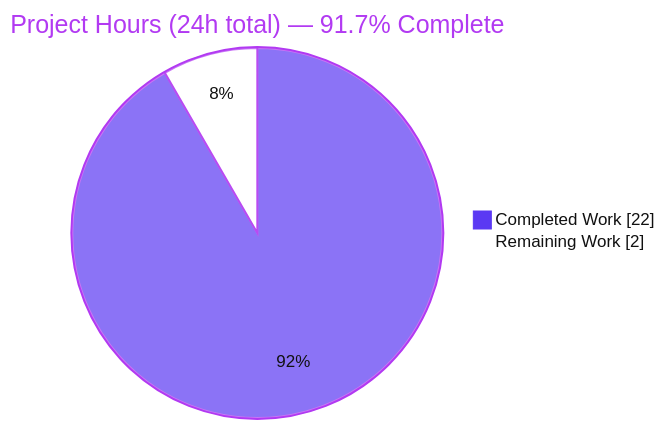
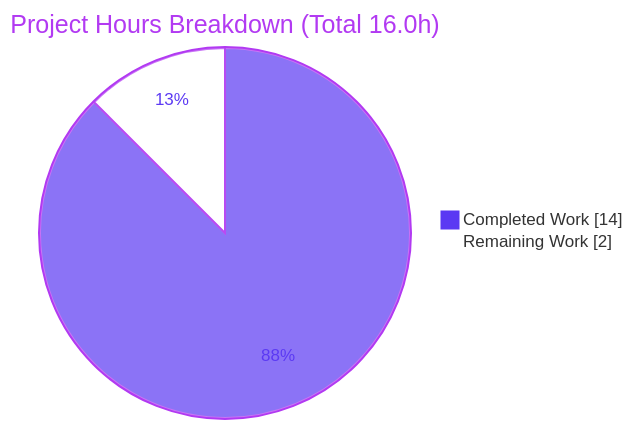
The second of 3 diagrams in blitzy/documentation/Project Guide.md (lakshya-blitzy/march_repo_hello_world), drawn with Mermaid before and after one commit. The commit also changed other lines of this file, not shown here.

Commit message:
Adding Blitzy Project Guide: Project Status and Human Tasks Remaining

````diff
--- a/blitzy/documentation/Project Guide.md
+++ b/blitzy/documentation/Project Guide.md
@@ -199,6 +189,6 @@
 ```mermaid
-%%{init: {'theme':'base','themeVariables':{'pie1':'#5B39F3','pie2':'#FFFFFF','pieStrokeColor':'#B23AF2','pieStrokeWidth':'2px','pieOuterStrokeColor':'#B23AF2','pieOuterStrokeWidth':'2px','pieTitleTextColor':'#B23AF2','pieSectionTextColor':'#111111','pieLegendTextColor':'#111111'}}}%%
-pie showData title Project Hours (24h total) — 91.7% Complete
-    "Completed Work" : 22
-    "Remaining Work" : 2
+%%{init: {'theme':'base','themeVariables':{'pie1':'#5B39F3','pie2':'#FFFFFF','pieStrokeColor':'#B23AF2','pieOuterStrokeColor':'#B23AF2','pieTitleTextColor':'#B23AF2','pieSectionTextColor':'#5B39F3','pieLegendTextColor':'#333333'}}}%%
+pie showData title Project Hours Breakdown (Total 16.0h)
+    "Completed Work" : 14.0
+    "Remaining Work" : 2.0
 ```
````
